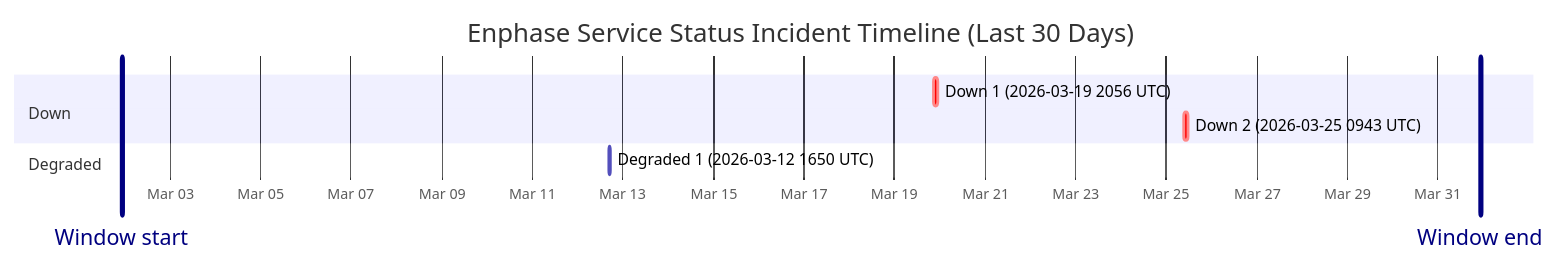
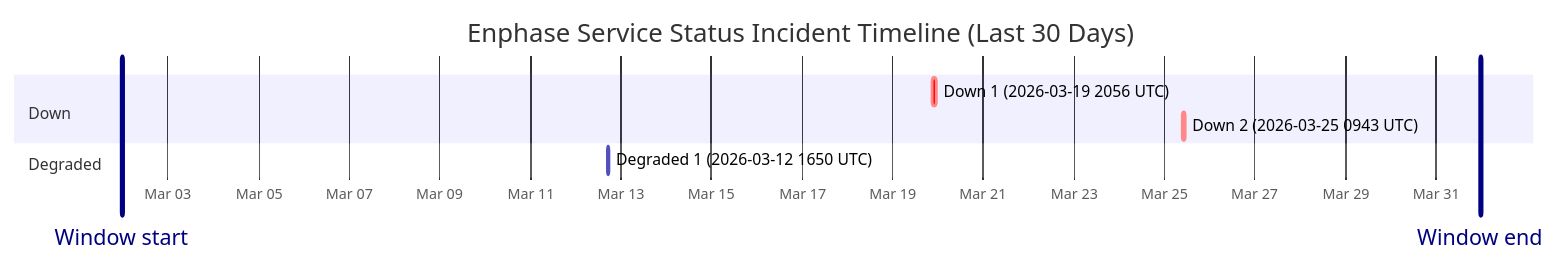
One commit to barneyonline/ha-enphase-ev-charger changed the diagram in wiki/Service-Status-History.md. Above: the diagram before and after it, drawn with Mermaid. The commit also changed other lines of this file and 3 other files, not shown here.

````diff
--- a/wiki/Service-Status-History.md
+++ b/wiki/Service-Status-History.md
@@ -14,13 +14,13 @@
 ```mermaid
 gantt
     title Enphase Service Status Incident Timeline (Last 30 Days)
     dateFormat  YYYY-MM-DDTHH:mm:ss
     axisFormat  %b %d
-    Window start :vert, window-start, 2026-03-01T22:25:13, 0ms
-    Window end :vert, window-end, 2026-03-31T22:25:13, 0ms
+    Window start :vert, window-start, 2026-03-01T23:26:21, 0ms
+    Window end :vert, window-end, 2026-03-31T23:26:21, 0ms
     section Down
     Down 1 (2026-03-19 2056 UTC) :crit, down-1, 2026-03-19T20:56:20, 145m
     Down 2 (2026-03-25 0943 UTC) :crit, down-2, 2026-03-25T09:43:28, 111m
     section Degraded
     Degraded 1 (2026-03-12 1650 UTC) :active, degraded-1, 2026-03-12T16:50:43, 60m
 ```
````
